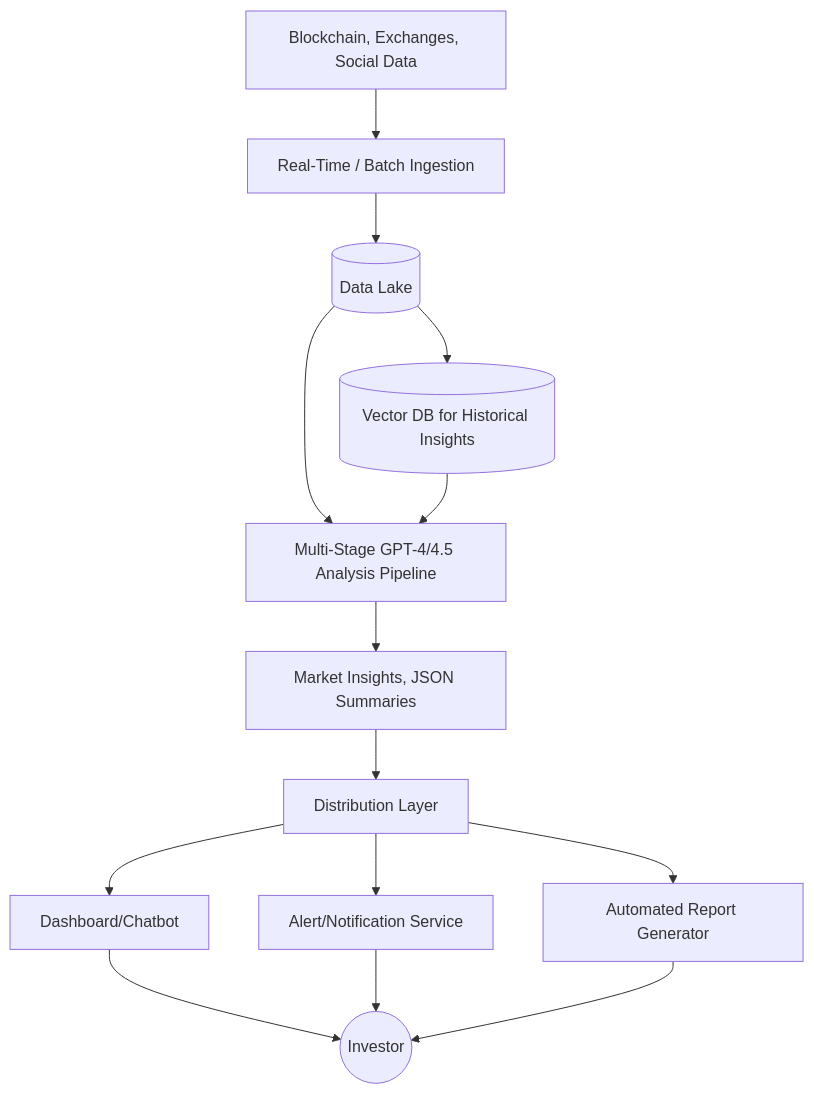
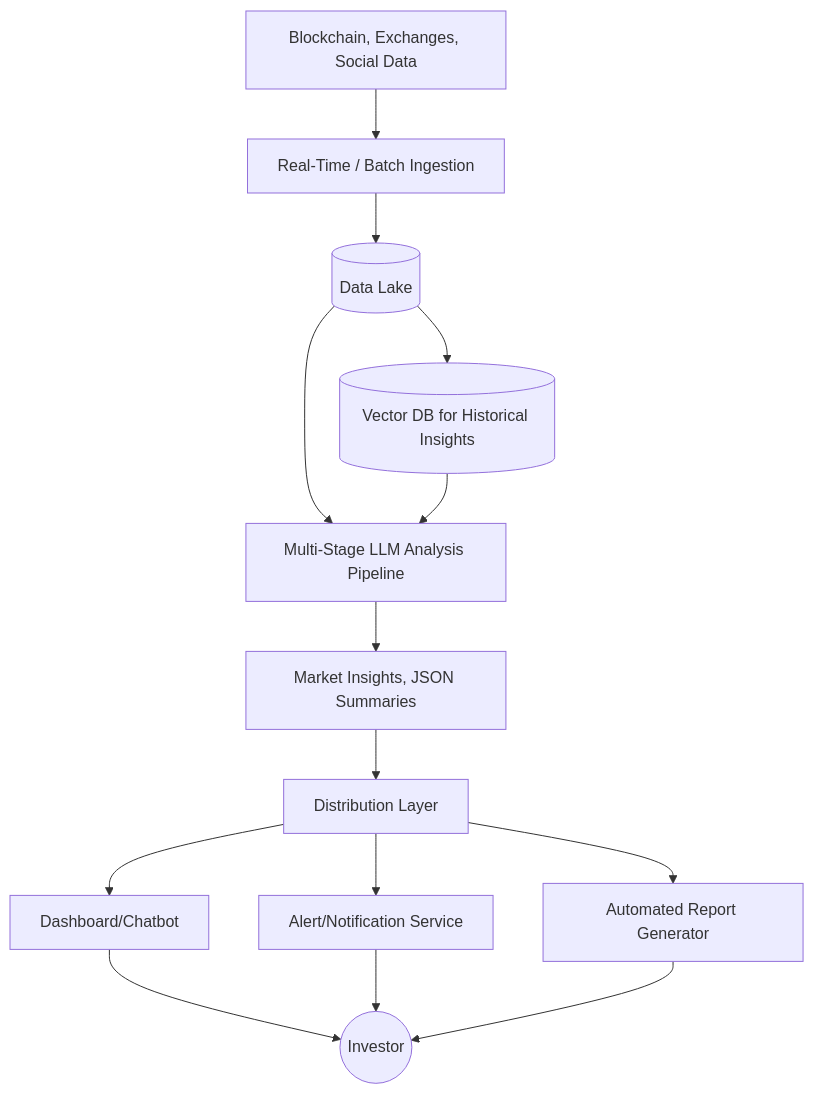
The second of 3 diagrams in AI-DAO-Summarization/AI_Based_Cryptocurrency_Analyst_System_Research_Report.md (mossland/MosslandAI), drawn with Mermaid before and after one commit. The commit also changed other lines of this file and 45 other files, not shown here.

````diff
--- a/AI-DAO-Summarization/AI_Based_Cryptocurrency_Analyst_System_Research_Report.md
+++ b/AI-DAO-Summarization/AI_Based_Cryptocurrency_Analyst_System_Research_Report.md
@@ -161,16 +161,16 @@
 ```mermaid
 flowchart TD
     Sources[Blockchain, Exchanges, Social Data] --> Ingestion[Real-Time / Batch Ingestion]
     Ingestion --> Storage[(Data Lake)]
     Storage --> VectorDB[(Vector DB for Historical Insights)]
-    Storage --> AIAnalysis[Multi-Stage GPT-4/4.5 Analysis Pipeline]
+    Storage --> AIAnalysis[Multi-Stage LLM Analysis Pipeline]
     VectorDB --> AIAnalysis
     AIAnalysis --> Insights[Market Insights, JSON Summaries]
     Insights --> Distribution[Distribution Layer]
     Distribution --> UI[Dashboard/Chatbot]
     Distribution --> Alerts[Alert/Notification Service]
     Distribution --> Reports[Automated Report Generator]
     UI --> User((Investor))
     Alerts --> User
     Reports --> User
 ```
````
